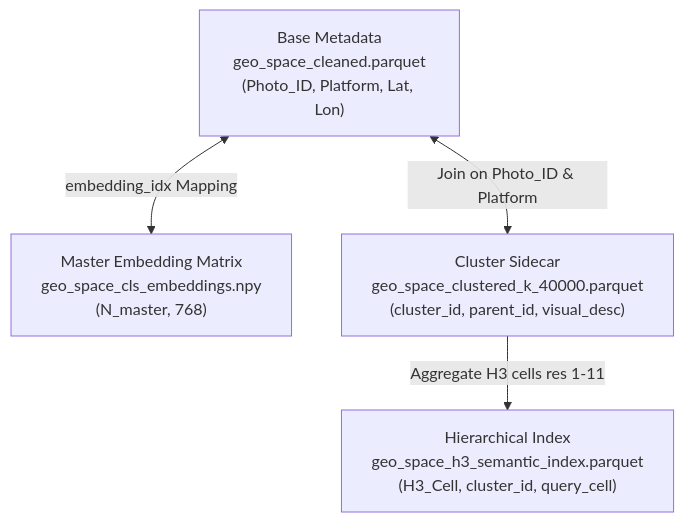
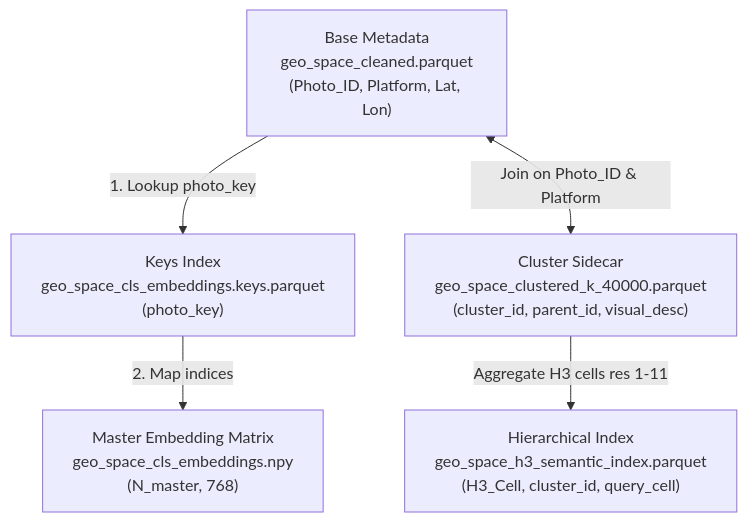
Before and after one commit to ananthu-aniraj/geo-rag: the diagram in docs/dataset.md, drawn with Mermaid.

````diff
--- a/docs/dataset.md
+++ b/docs/dataset.md
@@ -37,6 +37,7 @@
 ```mermaid
 graph TD
-    A["Base Metadata<br>geo_space_cleaned.parquet<br>(Photo_ID, Platform, Lat, Lon)"] <-->|embedding_idx Mapping| B["Master Embedding Matrix<br>geo_space_cls_embeddings.npy<br>(N_master, 768)"]
+    A["Base Metadata<br>geo_space_cleaned.parquet<br>(Photo_ID, Platform, Lat, Lon)"] -->|1. Lookup photo_key| E["Keys Index<br>geo_space_cls_embeddings.keys.parquet<br>(photo_key)"]
+    E -->|2. Map indices| B["Master Embedding Matrix<br>geo_space_cls_embeddings.npy<br>(N_master, 768)"]
     A <-->|Join on Photo_ID & Platform| C["Cluster Sidecar<br>geo_space_clustered_k_40000.parquet<br>(cluster_id, parent_id, visual_desc)"]
     C -->|Aggregate H3 cells res 1-11| D["Hierarchical Index<br>geo_space_h3_semantic_index.parquet<br>(H3_Cell, cluster_id, query_cell)"]
 ```
````
